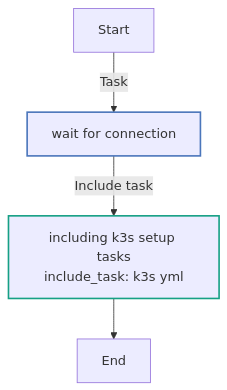
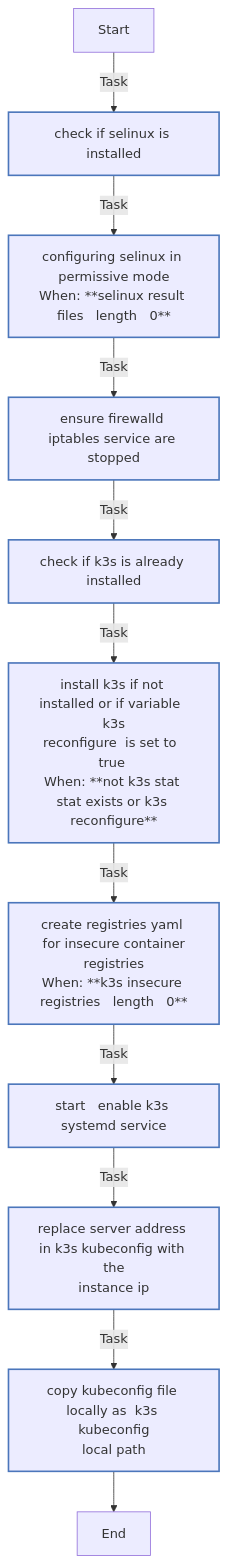
One commit to lesposito87/ansible-role-k3s changed the first of 2 diagrams in README.md. Above: the diagram before and after it, drawn with Mermaid. The commit also changed other lines of this file, not shown here.

````diff
--- a/README.md
+++ b/README.md
@@ -69,16 +71,23 @@
 ```mermaid
 flowchart TD
 Start
 classDef block stroke:#3498db,stroke-width:2px;
 classDef task stroke:#4b76bb,stroke-width:2px;
 classDef includeTasks stroke:#16a085,stroke-width:2px;
 classDef importTasks stroke:#34495e,stroke-width:2px;
 classDef includeRole stroke:#2980b9,stroke-width:2px;
 classDef importRole stroke:#699ba7,stroke-width:2px;
 classDef includeVars stroke:#8e44ad,stroke-width:2px;
 classDef rescue stroke:#665352,stroke-width:2px;
 
-  Start-->|Task| Wait_for_connection___0[wait for connection   ]:::task
-  Wait_for_connection___0-->|Include task| k3s_yml1[including k3s setup tasks<br>include_task: k3s yml]:::includeTasks
-  k3s_yml1-->End
+  Start-->|Task| Check_if_SELinux_is_installed0[check if selinux is installed]:::task
+  Check_if_SELinux_is_installed0-->|Task| Configuring_SELinux_in_permissive_mode1[configuring selinux in permissive mode<br>When: **selinux result files   length   0**]:::task
+  Configuring_SELinux_in_permissive_mode1-->|Task| Ensure_Firewalld_Iptables_service_are_stopped2[ensure firewalld iptables service are stopped]:::task
+  Ensure_Firewalld_Iptables_service_are_stopped2-->|Task| Check_if_K3S_is_already_installed3[check if k3s is already installed]:::task
+  Check_if_K3S_is_already_installed3-->|Task| Install_K3S_if_not_installed_or_if_variable__k3s_reconfigure__is_set_to__true_4[install k3s if not installed or if variable  k3s<br>reconfigure  is set to  true <br>When: **not k3s stat stat exists or k3s reconfigure**]:::task
+  Install_K3S_if_not_installed_or_if_variable__k3s_reconfigure__is_set_to__true_4-->|Task| Create_registries_yaml_for_insecure_container_registries5[create registries yaml for insecure container<br>registries<br>When: **k3s insecure registries   length   0**]:::task
+  Create_registries_yaml_for_insecure_container_registries5-->|Task| Start___Enable_k3s_systemd_service6[start   enable k3s systemd service]:::task
+  Start___Enable_k3s_systemd_service6-->|Task| Replace_server_address_in_K3s_kubeconfig_with_the_instance_ip7[replace server address in k3s kubeconfig with the<br>instance ip]:::task
+  Replace_server_address_in_K3s_kubeconfig_with_the_instance_ip7-->|Task| Copy_kubeconfig_file_locally_as__k3s_kubeconfig_local_path_8[copy kubeconfig file locally as  k3s kubeconfig<br>local path ]:::task
+  Copy_kubeconfig_file_locally_as__k3s_kubeconfig_local_path_8-->End
 ```
````
